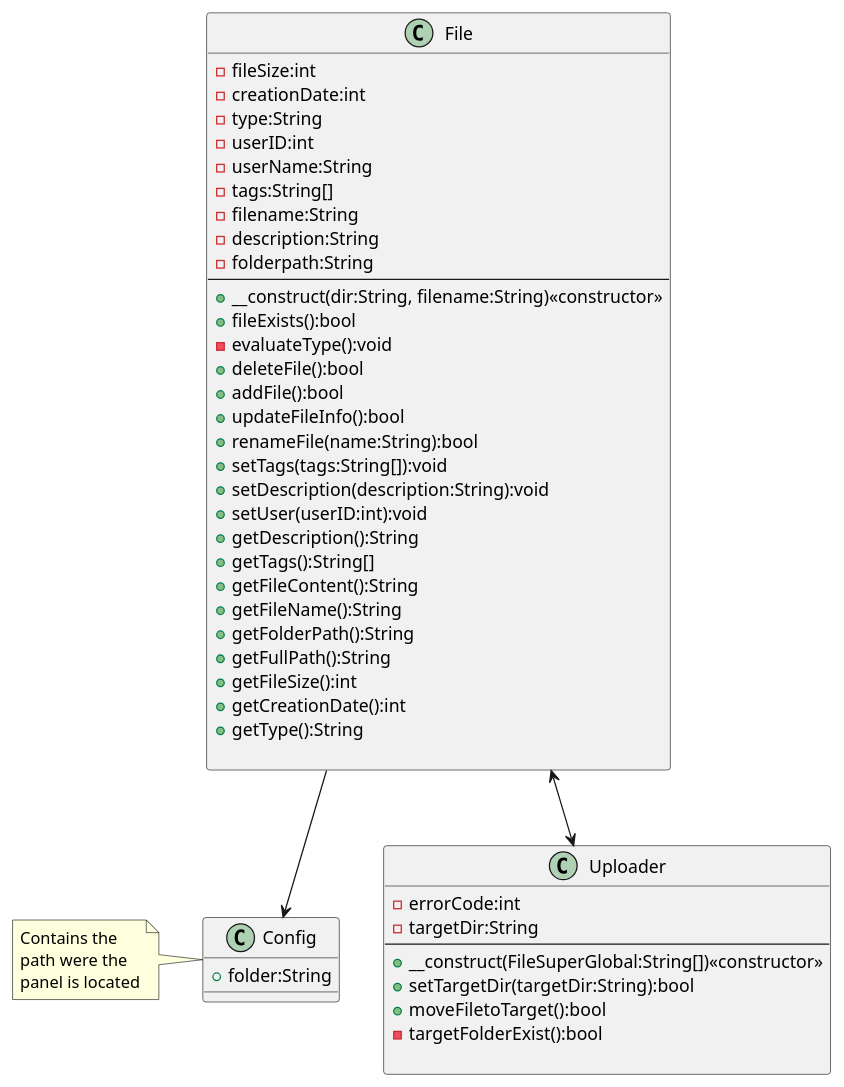
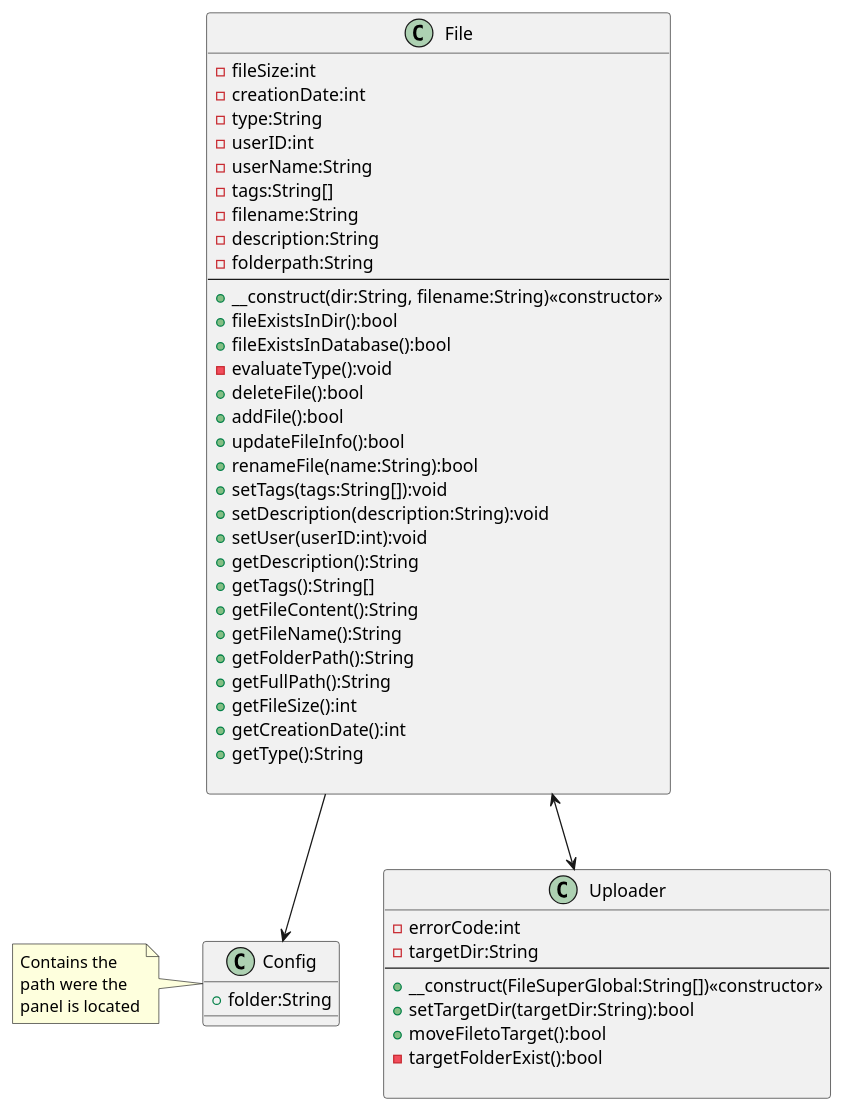
One commit to Maytastico/macaronipanel-development changed the diagram in file.wsd. Above: the diagram before and after it, drawn with PlantUML. The commit also changed 6 other files, not shown here.

```diff
--- a/file.wsd
+++ b/file.wsd
@@ -1,57 +1,58 @@
 @startuml
     File <--> Uploader
     File --> Config
     class File{
         -fileSize:int
         -creationDate:int
         -type:String
         -userID:int
         -userName:String
         -tags:String[]
         -filename:String
         -description:String
         -folderpath:String
         --
         +__construct(dir:String, filename:String)<<constructor>>
-        +fileExists():bool
+        +fileExistsInDir():bool
+        +fileExistsInDatabase():bool
         -evaluateType():void
         +deleteFile():bool
         +addFile():bool
         +updateFileInfo():bool
         +renameFile(name:String):bool
         +setTags(tags:String[]):void
         +setDescription(description:String):void
         +setUser(userID:int):void
         +getDescription():String
         +getTags():String[]
         +getFileContent():String
         +getFileName():String
         +getFolderPath():String
         +getFullPath():String
         +getFileSize():int
         +getCreationDate():int
         +getType():String
         
     }
 
     class Uploader{
         -errorCode:int
         -targetDir:String
         --
         +__construct(FileSuperGlobal:String[])<<constructor>>
         +setTargetDir(targetDir:String):bool
         +moveFiletoTarget():bool
         -targetFolderExist():bool
 
     }
 
     class Config{
         +folder:String
     }
 
     note left
         Contains the 
         path were the 
         panel is located
     end note
 @enduml
```
